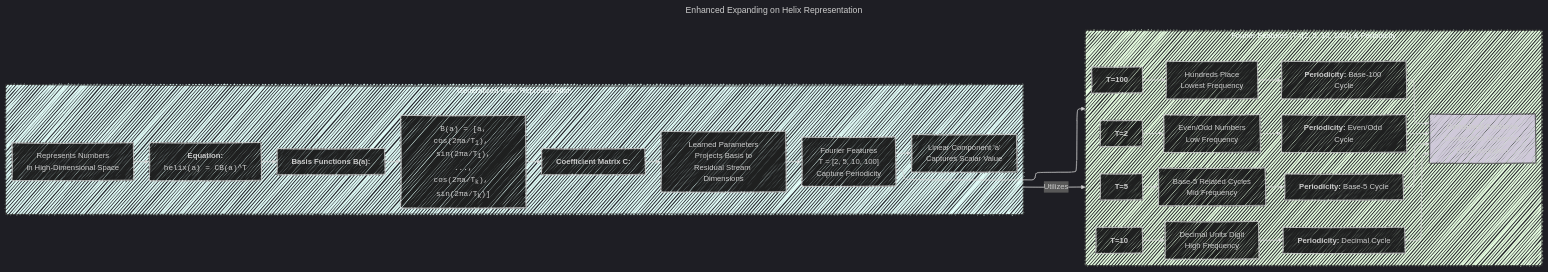
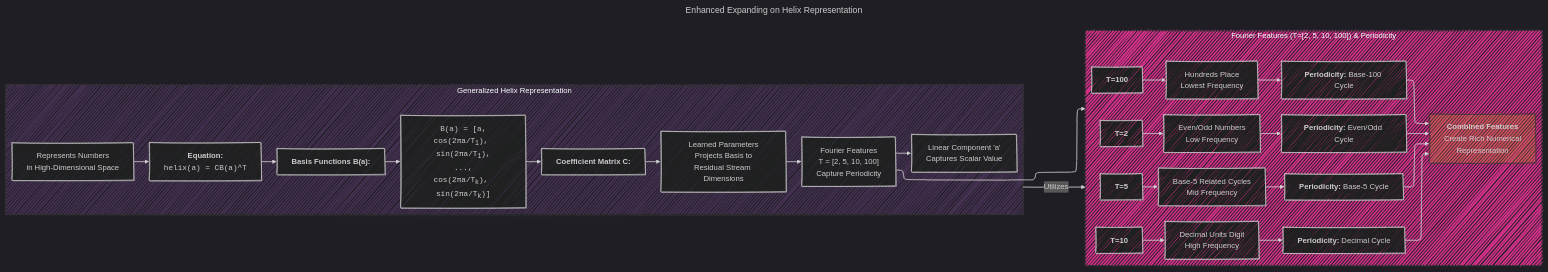
One commit to CongLeSolutionX/AlgoVerse changed the second of 6 diagrams in Latest_Algorithms/Language_Models_Use_Trigonometry_to_Do_Addition/Language_Models_Use_Trigonometry_to_Do_Addition_V2.md. Above: the diagram before and after it, drawn with Mermaid. The commit also changed other lines of this file, not shown here.

````diff
--- a/Latest_Algorithms/Language_Models_Use_Trigonometry_to_Do_Addition/Language_Models_Use_Trigonometry_to_Do_Addition_V2.md
+++ b/Latest_Algorithms/Language_Models_Use_Trigonometry_to_Do_Addition/Language_Models_Use_Trigonometry_to_Do_Addition_V2.md
@@ -90,60 +90,60 @@
 ```mermaid
 ---
 title: Enhanced Expanding on Helix Representation
 config:
   layout: elk
   look: handDrawn
   theme: dark
 ---
 graph LR
     subgraph Generalized_Helix["Generalized Helix Representation"]
-    style Generalized_Helix fill:#ddf7f3,stroke:#333,stroke-width:1.2px
+    style Generalized_Helix fill:#d7f3,stroke:#333,stroke-width:1.2px
         GH1["Represents Numbers<br>in High-Dimensional Space"];
         GH2["<b>Equation:</b><br><code>helix(a) = CB(a)^T</code>"];
         GH_Basis["<b>Basis Functions B(a):</b>"];
         GH3["<code>B(a) = [a,<br>cos(2πa/T<sub>1</sub>), sin(2πa/T<sub>1</sub>),<br>...,<br>cos(2πa/T<sub>k</sub>), sin(2πa/T<sub>k</sub>)]</code>"];
         GH_Matrix["<b>Coefficient Matrix C:</b>"];
         GH4["Learned Parameters<br>Projects Basis to<br>Residual Stream Dimensions"];
         GH5["Fourier Features<br>T = [2, 5, 10, 100]<br>Capture Periodicity"];
         GH6["Linear Component 'a'<br>Captures Scalar Value"];
 
         GH1 --> GH2 --> GH_Basis --> GH3 --> GH_Matrix --> GH4 --> GH5 --> GH6
     end
 
     subgraph Fourier_Features["Fourier Features (T=[2, 5, 10, 100]) & Periodicity"]
-    style Fourier_Features fill:#e3f9dd,stroke:#333,stroke-width:1.2px
+    style Fourier_Features fill:#e39d,stroke:#333,stroke-width:1.2px
         FF_T2["<b>T=2</b>"];
         FF2["Even/Odd Numbers<br>Low Frequency"];
         FFA["<b>Periodicity:</b> Even/Odd Cycle"];
 
         FF_T5["<b>T=5</b>"];
         FF4["Base-5 Related Cycles<br>Mid Frequency"];
         FFB["<b>Periodicity:</b> Base-5 Cycle"];
 
         FF_T10["<b>T=10</b>"];
         FF7["Decimal Units Digit<br>High Frequency"];
         FFC["<b>Periodicity:</b> Decimal Cycle"];
 
         FF_T100["<b>T=100</b>"];
         FF9["Hundreds Place<br>Lowest Frequency"];
         FFD["<b>Periodicity:</b> Base-100 Cycle"];
 
         FF_Combined["<b>Combined Features</b><br>Create Rich Numerical<br>Representation"];
 
         FF_T2 --> FF2 --> FFA --> FF_Combined
         FF_T5 --> FF4 --> FFB --> FF_Combined
         FF_T10 --> FF7 --> FFC --> FF_Combined
         FF_T100 --> FF9 --> FFD --> FF_Combined
 
-        style FF_Combined fill:#cfc9d9,stroke:#333,stroke-width:1px
+        style FF_Combined fill:#c914,stroke:#333,stroke-width:1px
     end
 
     Generalized_Helix -- Utilizes --> Fourier_Features
     GH5 --> Fourier_Features
 
 
     %% linkStyle 1,3,5,7,9,11 stroke-width:2px,stroke:#008080;
     %% linkStyle 13,14,15,16,17,18,19,20,21,22 stroke-width:2px,stroke:#006400;
     %% linkStyle 23 stroke-width:1.5px,stroke:black,style:dashed;
 
 ```
````
